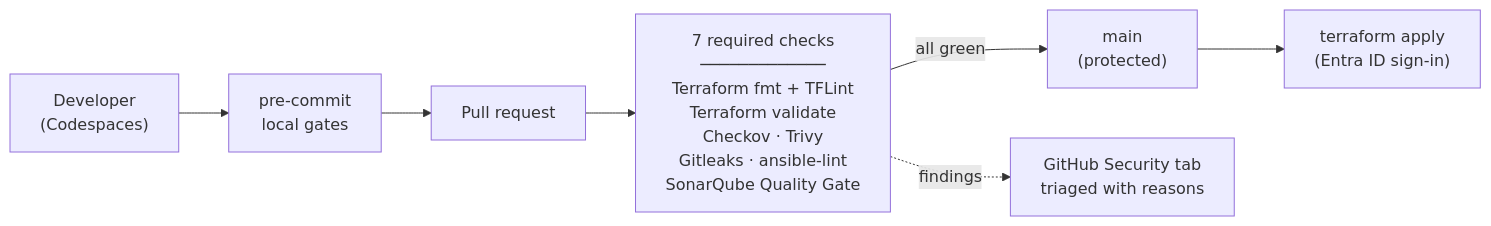
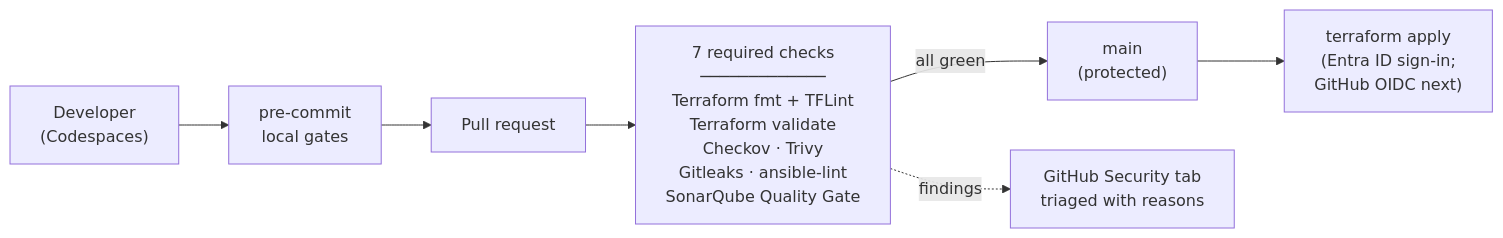
One commit to Subash-1507/multicloud-secure-iac changed the first of 3 diagrams in README.md. Above: the diagram before and after it, drawn with Mermaid. The commit also changed other lines of this file, not shown here.

Commit message:
docs: README for GitHub OIDC identities, ABAC-limited delegation and just-in-time firewall access (#8)

````diff
--- a/README.md
+++ b/README.md
@@ -15,9 +15,9 @@
 ```mermaid
 flowchart LR
   dev["Developer<br/>(Codespaces)"] --> pc["pre-commit<br/>local gates"]
   pc --> pr["Pull request"]
   pr --> gates["7 required checks<br/>─────────────<br/>Terraform fmt + TFLint<br/>Terraform validate<br/>Checkov · Trivy<br/>Gitleaks · ansible-lint<br/>SonarQube Quality Gate"]
   gates -->|"all green"| main["main<br/>(protected)"]
   gates -.->|"findings"| sec["GitHub Security tab<br/>triaged with reasons"]
-  main --> apply["terraform apply<br/>(Entra ID sign-in)"]
+  main --> apply["terraform apply<br/>(Entra ID sign-in;<br/>GitHub OIDC next)"]
 ```
````
